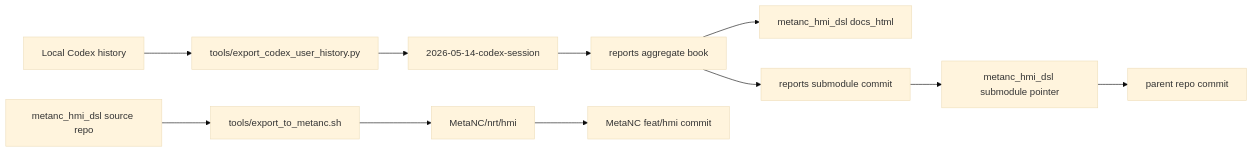
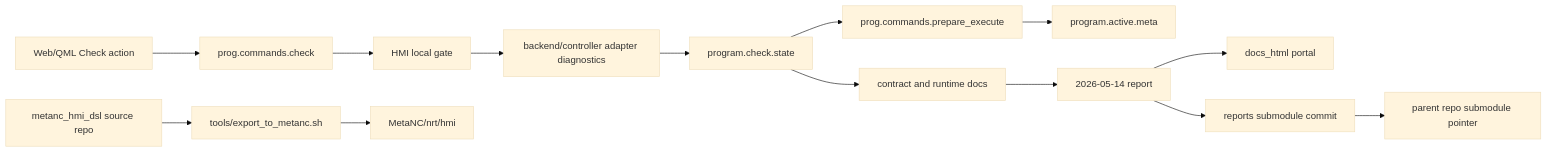
Before and after one commit to luppiterw/metanc_hmi_dsl_reports: the diagram in 2026-05-14-codex-session/architecture-diagram.md, drawn with Mermaid (base theme). The commit also changed other lines of this file and 22 other files, not shown here.

Commit message:
docs: refresh 2026-05-14 HMI session report

````diff
--- a/2026-05-14-codex-session/architecture-diagram.md
+++ b/2026-05-14-codex-session/architecture-diagram.md
@@ -3,15 +3,18 @@
 ```mermaid
 flowchart LR
-    Codex[Local Codex history] --> Exporter[tools/export_codex_user_history.py]
-    Exporter --> Session[2026-05-14-codex-session]
-    Session --> ReportRoot[reports aggregate book]
-    ReportRoot --> DocsPortal[metanc_hmi_dsl docs_html]
+    UI[Web/QML Check action] --> Command[prog.commands.check]
+    Command --> Gate[HMI local gate]
+    Gate --> Backend[backend/controller adapter diagnostics]
+    Backend --> State[program.check.state]
+    State --> Prepare[prog.commands.prepare_execute]
+    Prepare --> Active[program.active.meta]
+
+    State --> Docs[contract and runtime docs]
+    Docs --> Reports[2026-05-14 report]
+    Reports --> Portal[docs_html portal]
 
     Source[metanc_hmi_dsl source repo] --> ExportSync[tools/export_to_metanc.sh]
     ExportSync --> MetaNC[MetaNC/nrt/hmi]
-
-    ReportRoot --> ReportsCommit[reports submodule commit]
-    ReportsCommit --> ParentPointer[metanc_hmi_dsl submodule pointer]
-    ParentPointer --> ParentCommit[parent repo commit]
-    MetaNC --> MetaNCCommit[MetaNC feat/hmi commit]
+    Reports --> ReportsCommit[reports submodule commit]
+    ReportsCommit --> ParentPointer[parent repo submodule pointer]
 ```
````
